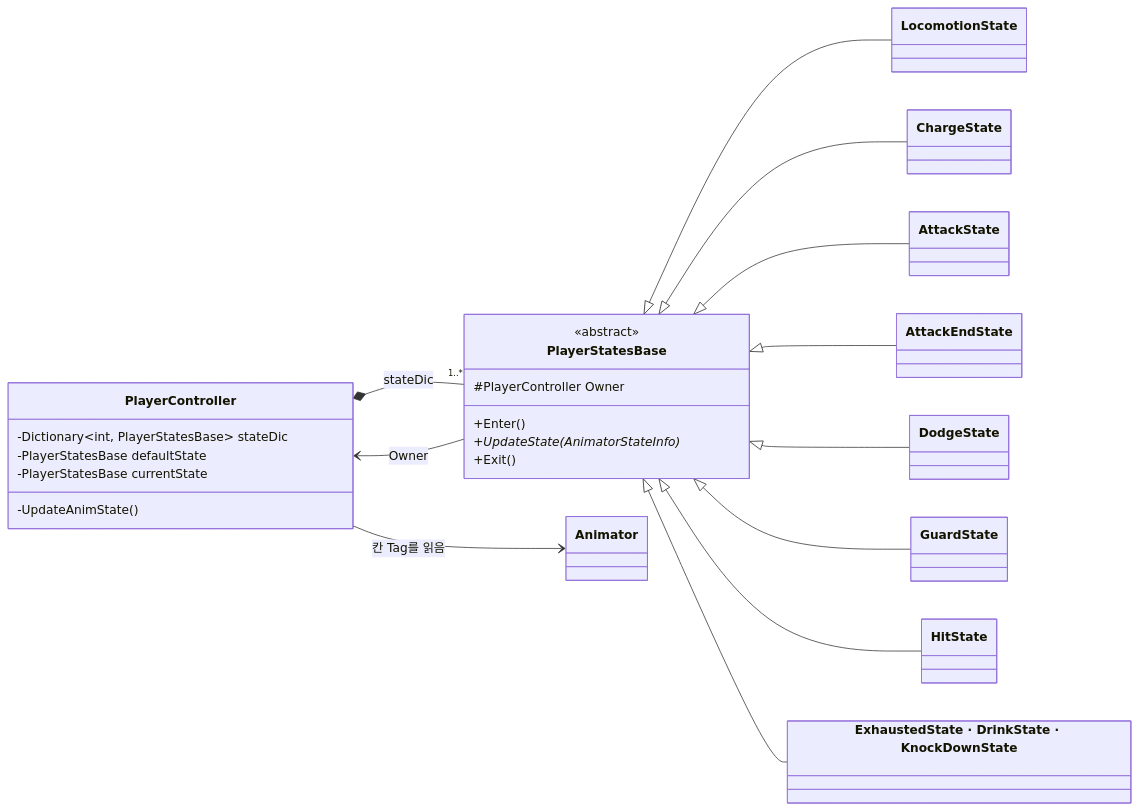
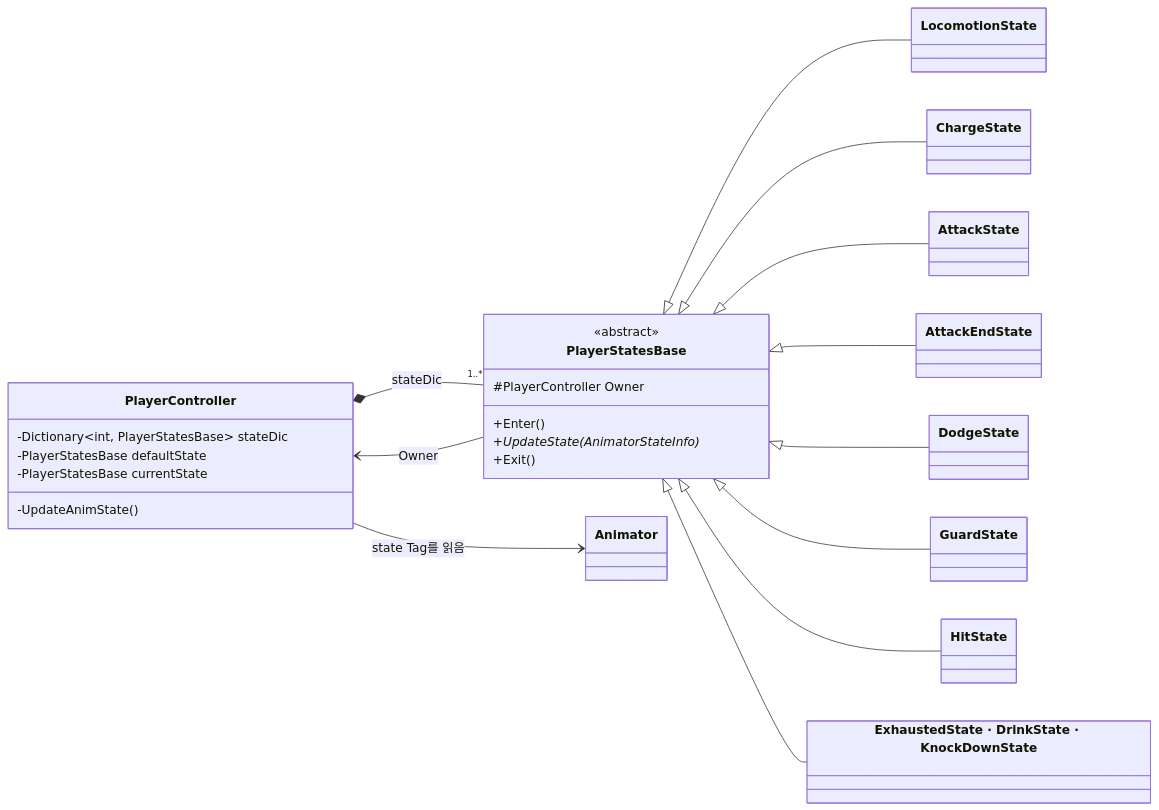
One commit to Gryphon34/portfolio-template changed the second of 18 diagrams in src/2-soul-knight/기술문서.md. Above: the diagram before and after it, drawn with Mermaid. The commit also changed other lines of this file and 6 other files, not shown here.

````diff
--- a/src/2-soul-knight/기술문서.md
+++ b/src/2-soul-knight/기술문서.md
@@ -97,29 +88,29 @@
 ```mermaid
 classDiagram
     direction LR
     class PlayerEtc["ExhaustedState · DrinkState · KnockDownState"]
     PlayerController *-- "1..*" PlayerStatesBase : stateDic
-    PlayerController --> Animator : 칸 Tag를 읽음
+    PlayerController --> Animator : state Tag를 읽음
     PlayerStatesBase --> PlayerController : Owner
     PlayerStatesBase <|-- LocomotionState
     PlayerStatesBase <|-- ChargeState
     PlayerStatesBase <|-- AttackState
     PlayerStatesBase <|-- AttackEndState
     PlayerStatesBase <|-- DodgeState
     PlayerStatesBase <|-- GuardState
     PlayerStatesBase <|-- HitState
     PlayerStatesBase <|-- PlayerEtc
     class PlayerController {
         -Dictionary~int, PlayerStatesBase~ stateDic
         -PlayerStatesBase defaultState
         -PlayerStatesBase currentState
         -UpdateAnimState()
     }
     class PlayerStatesBase {
         <<abstract>>
         #PlayerController Owner
         +Enter()
         +UpdateState(AnimatorStateInfo)*
         +Exit()
     }
 ```
````
